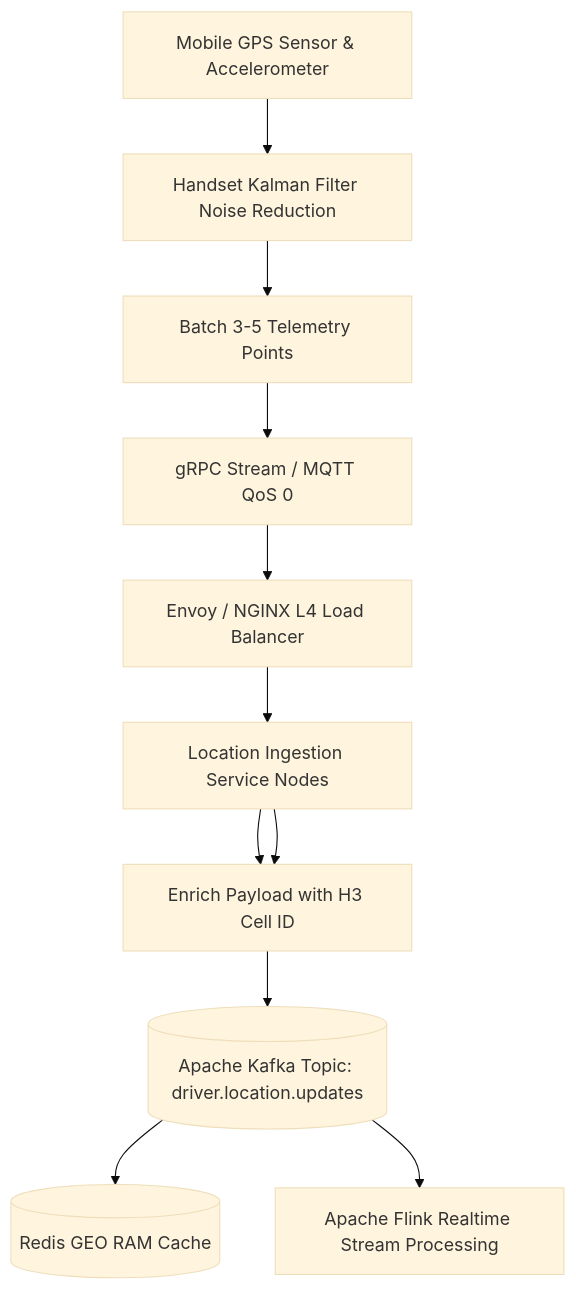
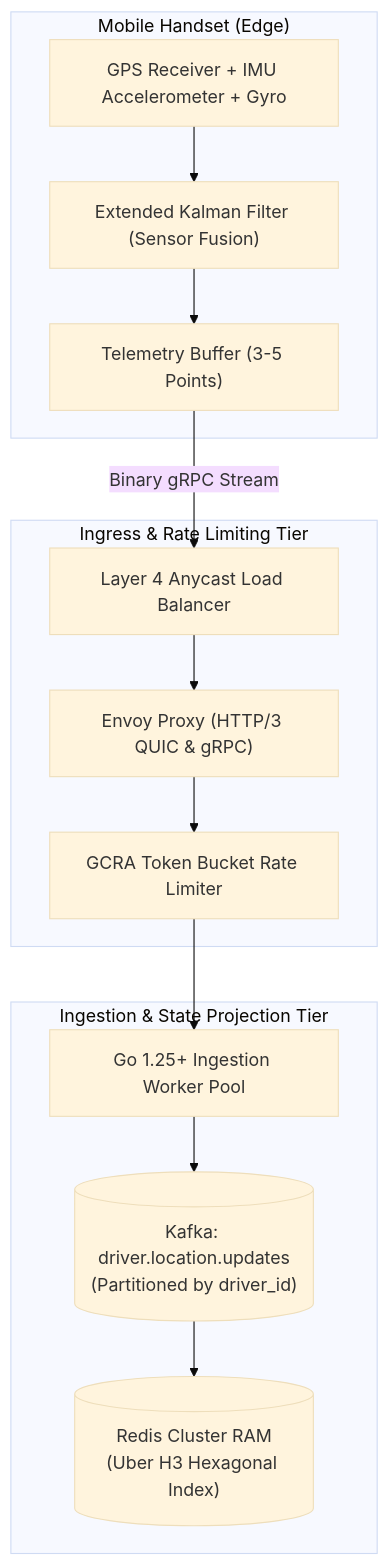
The first of 3 diagrams in content/series/ride-hailing-realtime-architecture/part-1-location-ingestion.md (vesviet/vesviet), drawn with Mermaid (base theme) before and after one commit. The commit also changed other lines of this file and 56 other files, not shown here.

Commit message:
feat(sprint-1): upgrade architectural-tradeoffs-showdowns and ride-hailing to 2027 SOTA masterclass

````diff
--- a/content/series/ride-hailing-realtime-architecture/part-1-location-ingestion.md
+++ b/content/series/ride-hailing-realtime-architecture/part-1-location-ingestion.md
@@ -55,13 +52,26 @@
 ```mermaid
 flowchart TD
-    Sensor["Mobile GPS Sensor & Accelerometer"] --> Kalman["Handset Kalman Filter Noise Reduction"]
-    Kalman --> Batch["Batch 3-5 Telemetry Points"]
-    Batch --> Stream["gRPC Stream / MQTT QoS 0"]
-    Stream --> LB["Envoy / NGINX L4 Load Balancer"]
-    Gateway --> H3["Enrich Payload with H3 Cell ID"]
-    Gateway["Location Ingestion Service Nodes"] --> H3
-    LB --> Gateway
-    H3 --> Kafka[("Apache Kafka Topic: driver.location.updates")]
-    Kafka --> Redis[("Redis GEO RAM Cache")]
-    Kafka --> Flink["Apache Flink Realtime Stream Processing"]
+    subgraph MobileDevice["Mobile Handset (Edge)"]
+        Sensors["GPS Receiver + IMU Accelerometer + Gyro"]
+        EKF["Extended Kalman Filter (Sensor Fusion)"]
+        Batcher["Telemetry Buffer (3-5 Points)"]
+        Sensors --> EKF --> Batcher
+    end
+
+    subgraph NetworkEdge["Ingress & Rate Limiting Tier"]
+        LB["Layer 4 Anycast Load Balancer"]
+        EnvoyIngress["Envoy Proxy (HTTP/3 QUIC & gRPC)"]
+        GCRA["GCRA Token Bucket Rate Limiter"]
+        Batcher -->|"Binary gRPC Stream"| LB
+        LB --> EnvoyIngress --> GCRA
+    end
+
+    subgraph ProcessingTier["Ingestion & State Projection Tier"]
+        IngestWorkers["Go 1.25+ Ingestion Worker Pool"]
+        KafkaTopic[("Kafka: driver.location.updates<br/>(Partitioned by driver_id)")]
+        RedisH3[("Redis Cluster RAM<br/>(Uber H3 Hexagonal Index)")]
+        GCRA --> IngestWorkers
+        IngestWorkers --> KafkaTopic
+        KafkaTopic --> RedisH3
+    end
 ```
````
